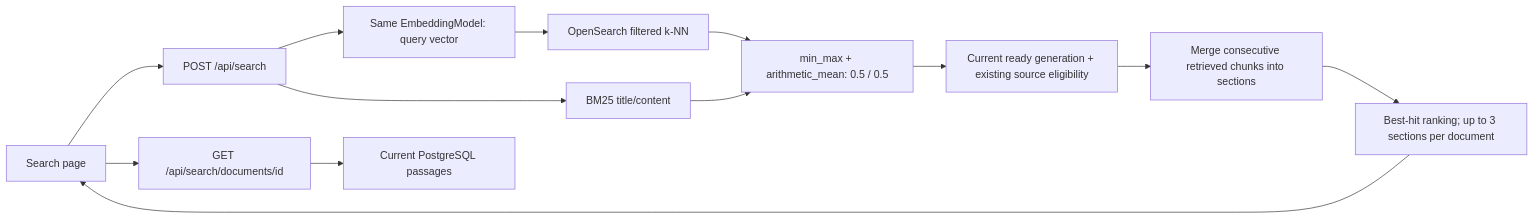
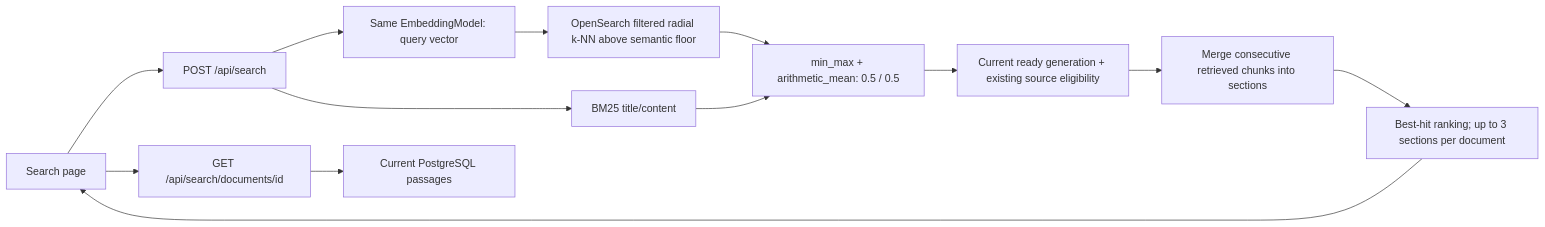
Before and after one commit to kl3inIT/MemoryOS: the second of 2 diagrams in docs/specs/search.md, drawn with Mermaid. The commit also changed other lines of this file and 12 other files, not shown here.

Commit message:
fix(search): filter weak semantic candidates

````diff
--- a/docs/specs/search.md
+++ b/docs/specs/search.md
@@ -48,15 +48,15 @@
 ```mermaid
 flowchart LR
     UI[Search page] --> API[POST /api/search]
     API --> E[Same EmbeddingModel: query vector]
     API --> B[BM25 title/content]
-    E --> K[OpenSearch filtered k-NN]
+    E --> K[OpenSearch filtered radial k-NN above semantic floor]
     B --> F[min_max + arithmetic_mean: 0.5 / 0.5]
     K --> F
     F --> P[Current ready generation + existing source eligibility]
     P --> S[Merge consecutive retrieved chunks into sections]
     S --> G[Best-hit ranking; up to 3 sections per document]
     G --> UI
     UI --> D[GET /api/search/documents/id]
     D --> C[Current PostgreSQL passages]
 ```
````
